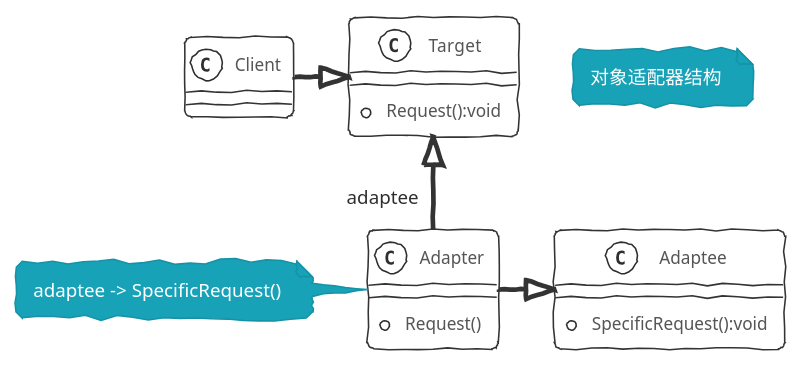
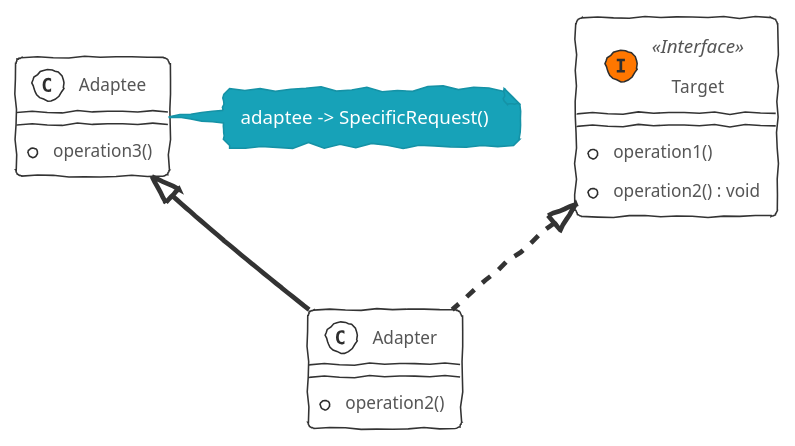
The diagram in source/_posts/DesignPatterns/adapter.md (xiahubs/xiahubs.github.io), drawn with PlantUML before and after one commit. The commit also changed other lines of this file and 18 other files, not shown here.

```diff
--- a/source/_posts/DesignPatterns/adapter.md
+++ b/source/_posts/DesignPatterns/adapter.md
@@ -32,22 +8,22 @@
 {% plantuml %}
 !theme sketchy-outline
-class Client {
 
-}
-class Adapter {
-  + Request()
-}
-note left of Adapter : adaptee -> SpecificRequest()
-class Adaptee {
-  + SpecificRequest():void
-}
-class Target {
-  + Request():void
+class Target<< (I,#FF7700) Interface>> 
+{
+  + operation1()
+  + operation2() : void
 }
 
-Client -right-|> Target
-Adapter -right-|> Adaptee
-Adapter "adaptee" -up-|> Target
+class Adapter{
+  + operation2()
+}
 
-note "对象适配器结构" as Name
+class Adaptee{
+  + operation3()
+}
+note right: adaptee -> SpecificRequest()
+
+Target <|.. Adapter
+Adaptee <|-- Adapter
+
 {% endplantuml %}
```
